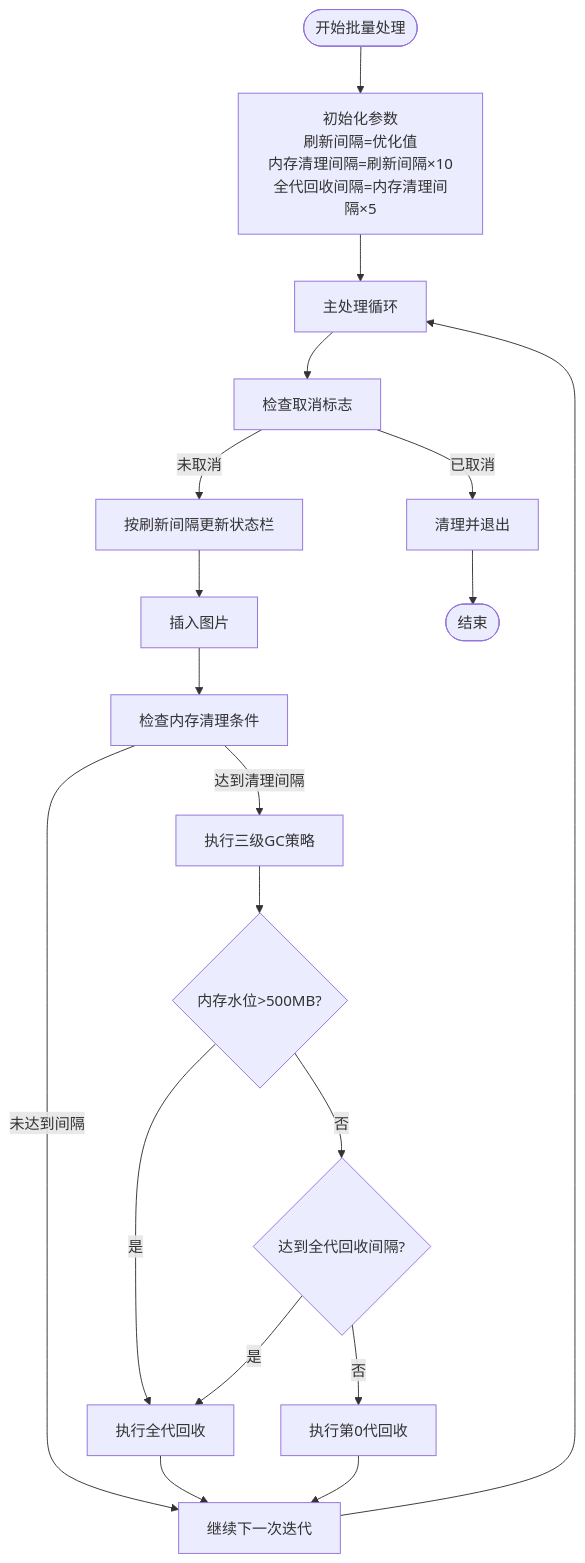
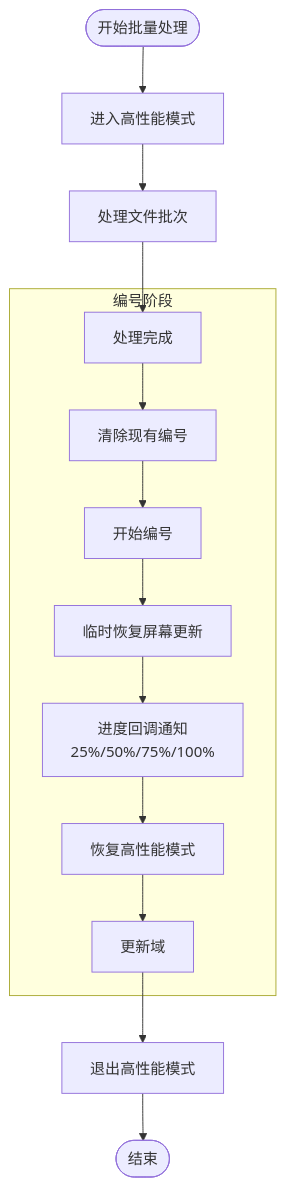
Before and after one commit to rainiva/WordTools: the fifth of 6 diagrams in .qoder/repowiki/zh/content/服务层/进度服务.md, drawn with Mermaid. The commit also changed other lines of this file and 4 other files, not shown here.

First line of the commit message:
优化编号性能：ScreenUpdating关闭加速+InsertSeqField Cell缓存

````diff
--- a/.qoder/repowiki/zh/content/服务层/进度服务.md
+++ b/.qoder/repowiki/zh/content/服务层/进度服务.md
@@ -320,21 +336,16 @@
 ```mermaid
 flowchart TD
-Start(["开始批量处理"]) --> InitParams["初始化参数<br/>刷新间隔=优化值<br/>内存清理间隔=刷新间隔×10<br/>全代回收间隔=内存清理间隔×5"]
-InitParams --> Loop["主处理循环"]
-Loop --> CheckCancel["检查取消标志"]
-CheckCancel --> |已取消| Cleanup["清理并退出"]
-CheckCancel --> |未取消| UpdateStatus["按刷新间隔更新状态栏"]
-UpdateStatus --> InsertImage["插入图片"]
-InsertImage --> CheckMemory["检查内存清理条件"]
-CheckMemory --> |达到清理间隔| MemoryCleanup["执行三级GC策略"]
-CheckMemory --> |未达到间隔| NextIter["继续下一次迭代"]
-MemoryCleanup --> MemoryWatermark{"内存水位>500MB?"}
-MemoryWatermark --> |是| FullGC["执行全代回收"]
-MemoryWatermark --> |否| CheckFullGC{"达到全代回收间隔?"}
-CheckFullGC --> |是| FullGC
-CheckFullGC --> |否| Gen0GC["执行第0代回收"]
-FullGC --> NextIter
-Gen0GC --> NextIter
-NextIter --> Loop
-Cleanup --> End(["结束"])
+Start(["开始批量处理"]) --> EnterPerformanceMode["进入高性能模式"]
+EnterPerformanceMode --> ProcessFiles["处理文件批次"]
+ProcessFiles --> DoneProcessing["处理完成"]
+subgraph "编号阶段"
+DoneProcessing --> ClearExistingNumbering["清除现有编号"]
+ClearExistingNumbering --> StartNumbering["开始编号"]
+StartNumbering --> TempScreenRestore["临时恢复屏幕更新"]
+TempScreenRestore --> ProgressCallback["进度回调通知<br/>25%/50%/75%/100%"]
+ProgressCallback --> RestorePerformanceMode["恢复高性能模式"]
+RestorePerformanceMode --> UpdateFields["更新域"]
+end
+UpdateFields --> ExitPerformanceMode["退出高性能模式"]
+ExitPerformanceMode --> End(["结束"])
 ```
````
